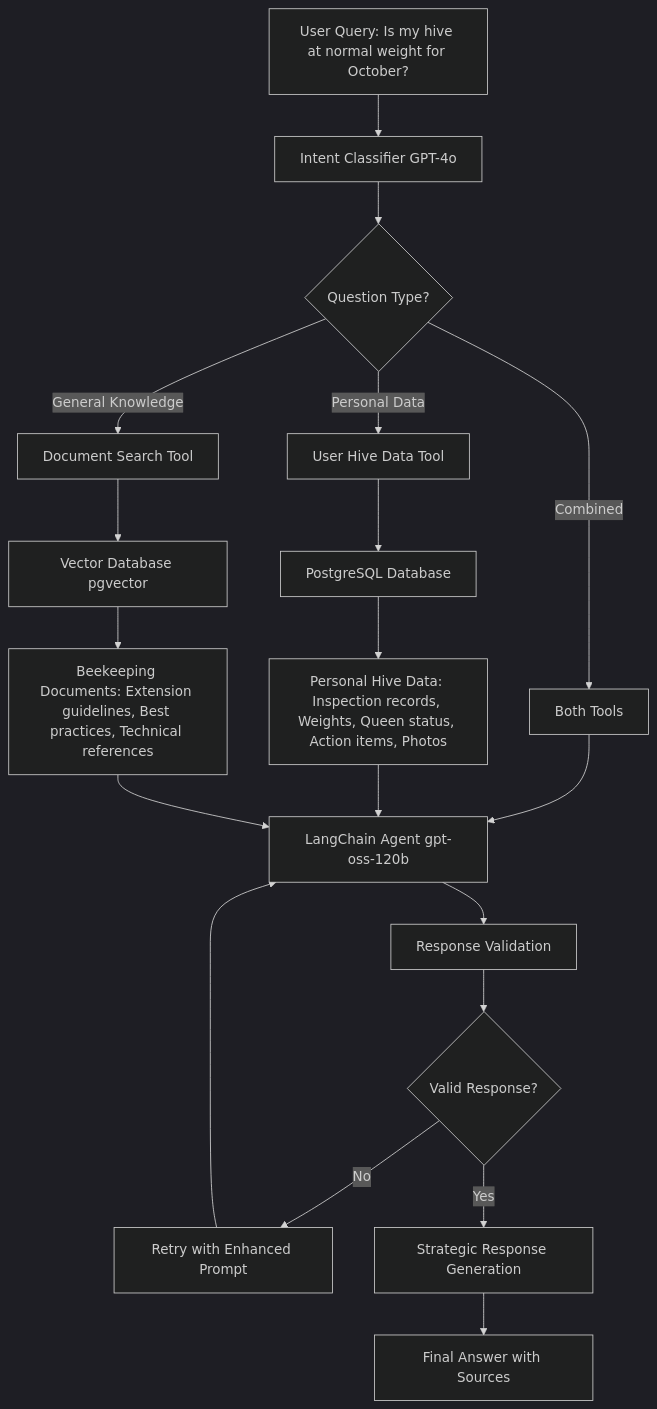
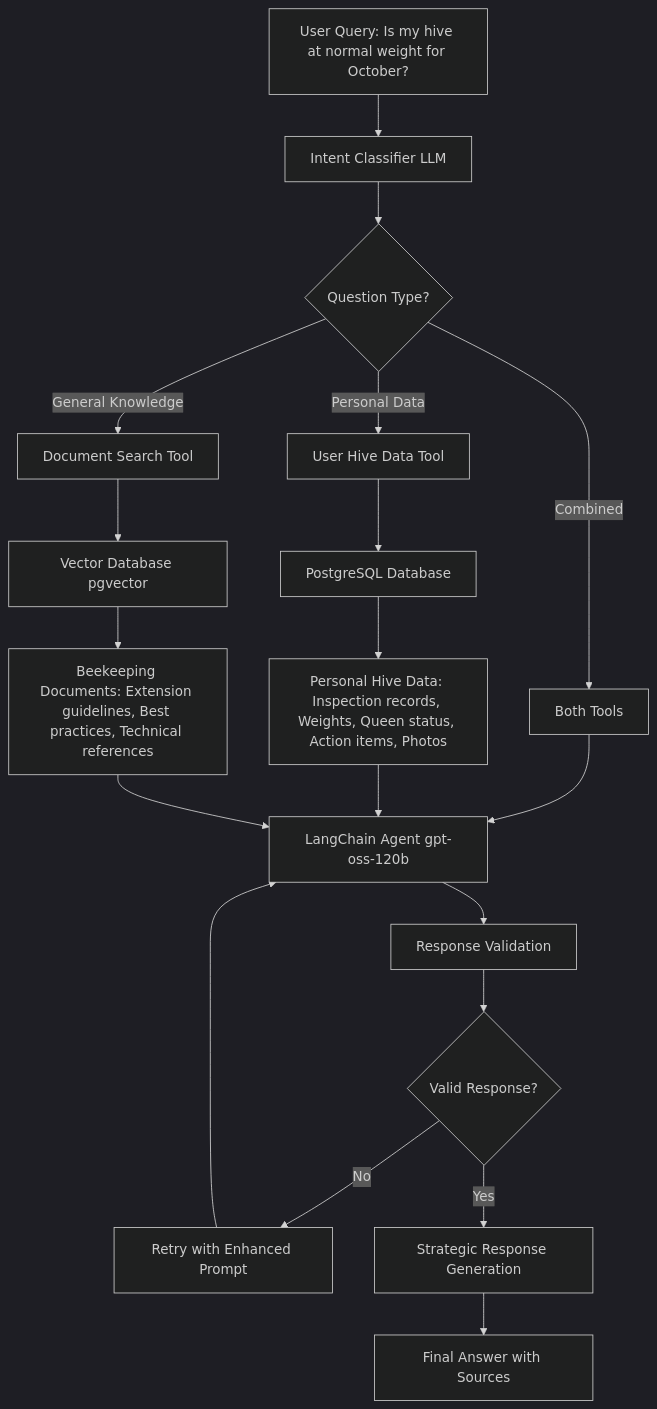
The diagram in README.md (CarolynOlsen/hiveguide_public), drawn with Mermaid (dark theme) before and after one commit. The commit also changed other lines of this file and 42 other files, not shown here.

````diff
--- a/README.md
+++ b/README.md
@@ -86,27 +85,27 @@
 ```mermaid
 flowchart TD
-    A[User Query: Is my hive at normal weight for October?] --> B[Intent Classifier GPT-4o]
+    A[User Query: Is my hive at normal weight for October?] --> B[Intent Classifier LLM]
     
     B --> C{Question Type?}
     C -->|Personal Data| D[User Hive Data Tool]
     C -->|General Knowledge| E[Document Search Tool]  
     C -->|Combined| F[Both Tools]
     
     D --> G[PostgreSQL Database]
     G --> H[Personal Hive Data: Inspection records, Weights, Queen status, Action items, Photos]
     
     E --> I[Vector Database pgvector]
     I --> J[Beekeeping Documents: Extension guidelines, Best practices, Technical references]
     
     F --> K[LangChain Agent gpt-oss-120b]
     H --> K
     J --> K
     
     K --> L[Response Validation]
     L --> M{Valid Response?}
     M -->|No| N[Retry with Enhanced Prompt]
     M -->|Yes| O[Strategic Response Generation]
     
     N --> K
     O --> P[Final Answer with Sources]
 ```
````
